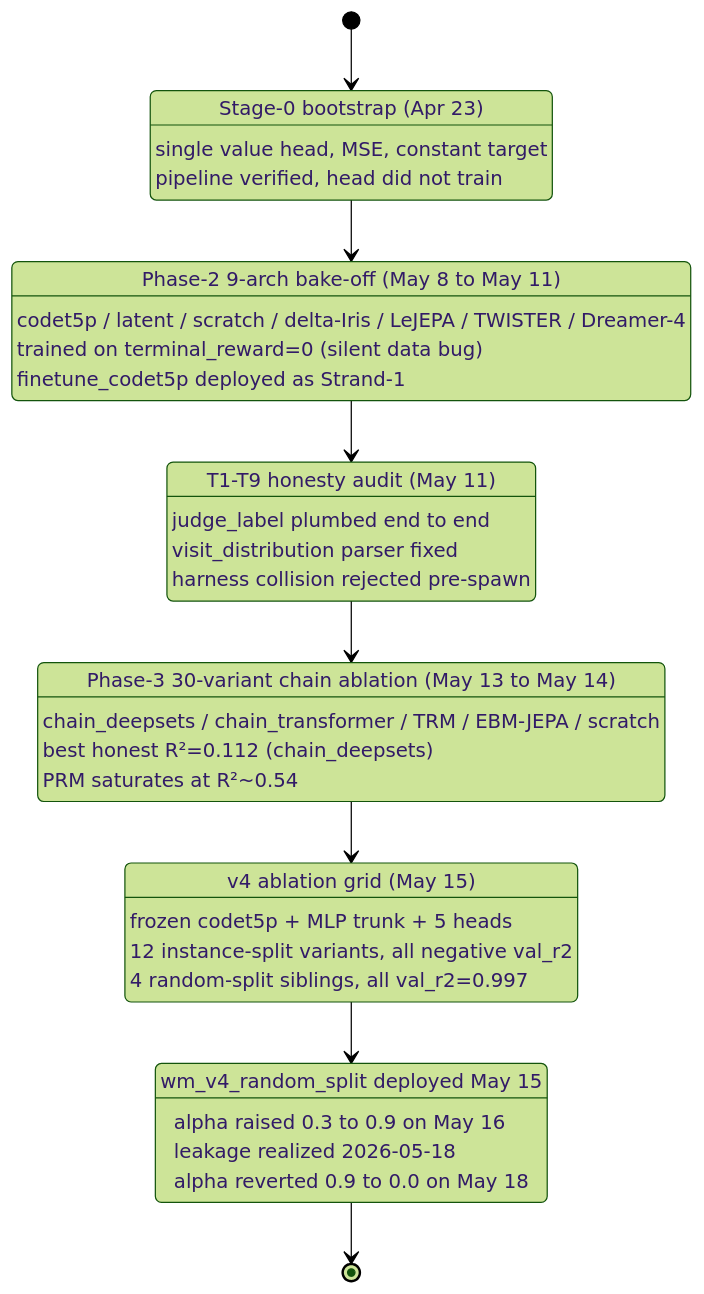
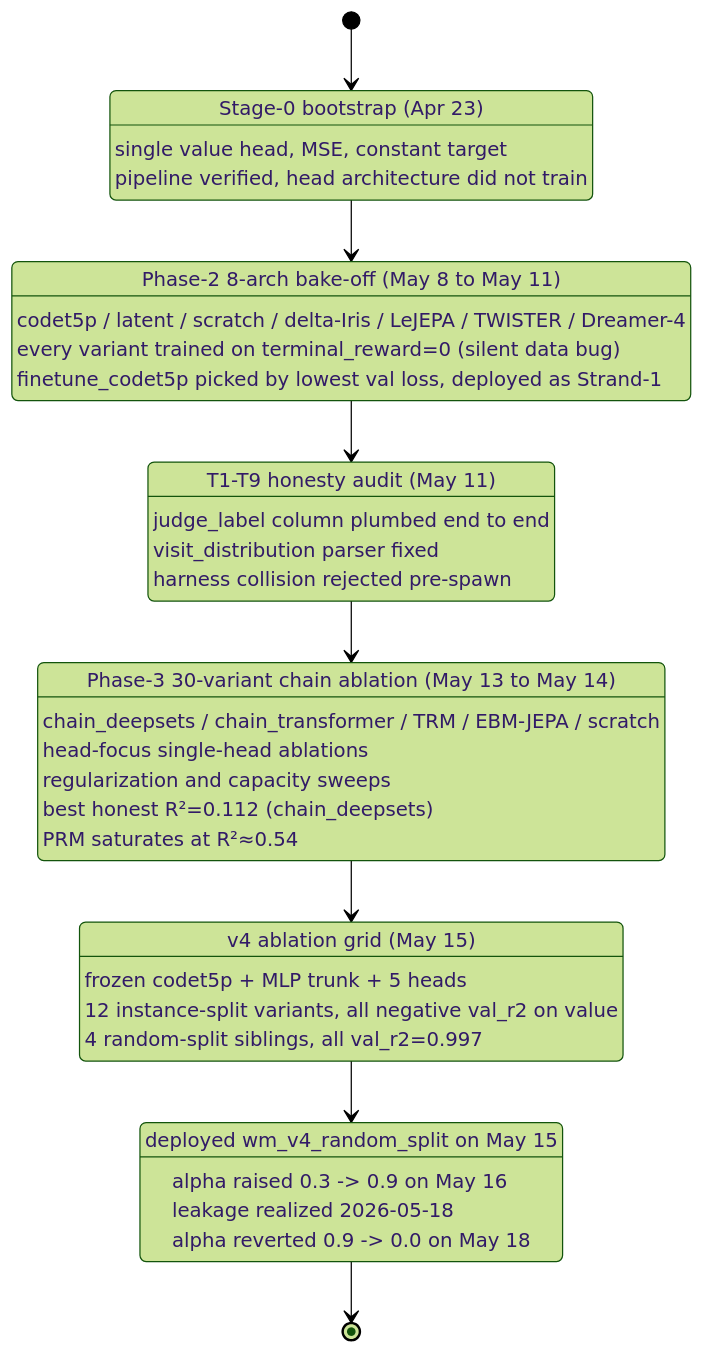
Before and after one commit to samrathchadha/perseusresearch: the diagram in src/content/essays/wm-training-sweep.mdx, drawn with Mermaid (forest theme). The commit also changed other lines of this file and 31 other files, not shown here.

````diff
--- a/src/content/essays/wm-training-sweep.mdx
+++ b/src/content/essays/wm-training-sweep.mdx
@@ -130,39 +107,41 @@
 ```mermaid
 stateDiagram-v2
     [*] --> Stage0
     Stage0: Stage-0 bootstrap (Apr 23)
     Stage0: single value head, MSE, constant target
-    Stage0: pipeline verified, head did not train
+    Stage0: pipeline verified, head architecture did not train
 
     Stage0 --> Phase2
-    Phase2: Phase-2 9-arch bake-off (May 8 to May 11)
+    Phase2: Phase-2 8-arch bake-off (May 8 to May 11)
     Phase2: codet5p / latent / scratch / delta-Iris / LeJEPA / TWISTER / Dreamer-4
-    Phase2: trained on terminal_reward=0 (silent data bug)
-    Phase2: finetune_codet5p deployed as Strand-1
+    Phase2: every variant trained on terminal_reward=0 (silent data bug)
+    Phase2: finetune_codet5p picked by lowest val loss, deployed as Strand-1
 
     Phase2 --> Audit
     Audit: T1-T9 honesty audit (May 11)
-    Audit: judge_label plumbed end to end
+    Audit: judge_label column plumbed end to end
     Audit: visit_distribution parser fixed
     Audit: harness collision rejected pre-spawn
 
     Audit --> Phase3
     Phase3: Phase-3 30-variant chain ablation (May 13 to May 14)
     Phase3: chain_deepsets / chain_transformer / TRM / EBM-JEPA / scratch
+    Phase3: head-focus single-head ablations
+    Phase3: regularization and capacity sweeps
     Phase3: best honest R²=0.112 (chain_deepsets)
-    Phase3: PRM saturates at R²~0.54
+    Phase3: PRM saturates at R²≈0.54
 
     Phase3 --> V4
     V4: v4 ablation grid (May 15)
     V4: frozen codet5p + MLP trunk + 5 heads
-    V4: 12 instance-split variants, all negative val_r2
+    V4: 12 instance-split variants, all negative val_r2 on value
     V4: 4 random-split siblings, all val_r2=0.997
 
     V4 --> Deploy
-    Deploy: wm_v4_random_split deployed May 15
-    Deploy: alpha raised 0.3 to 0.9 on May 16
+    Deploy: deployed wm_v4_random_split on May 15
+    Deploy: alpha raised 0.3 -> 0.9 on May 16
     Deploy: leakage realized 2026-05-18
-    Deploy: alpha reverted 0.9 to 0.0 on May 18
+    Deploy: alpha reverted 0.9 -> 0.0 on May 18
 
     Deploy --> [*]
 ```
````
